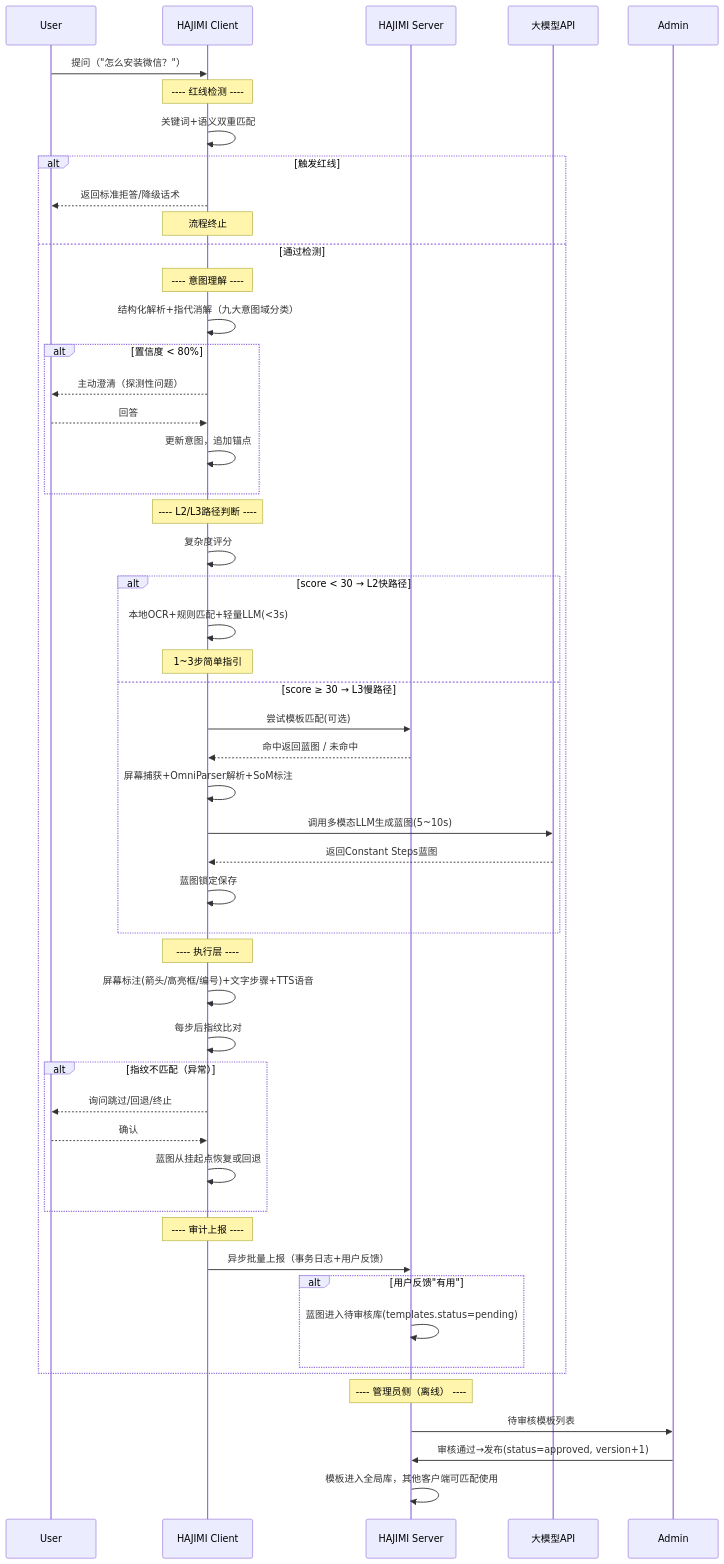
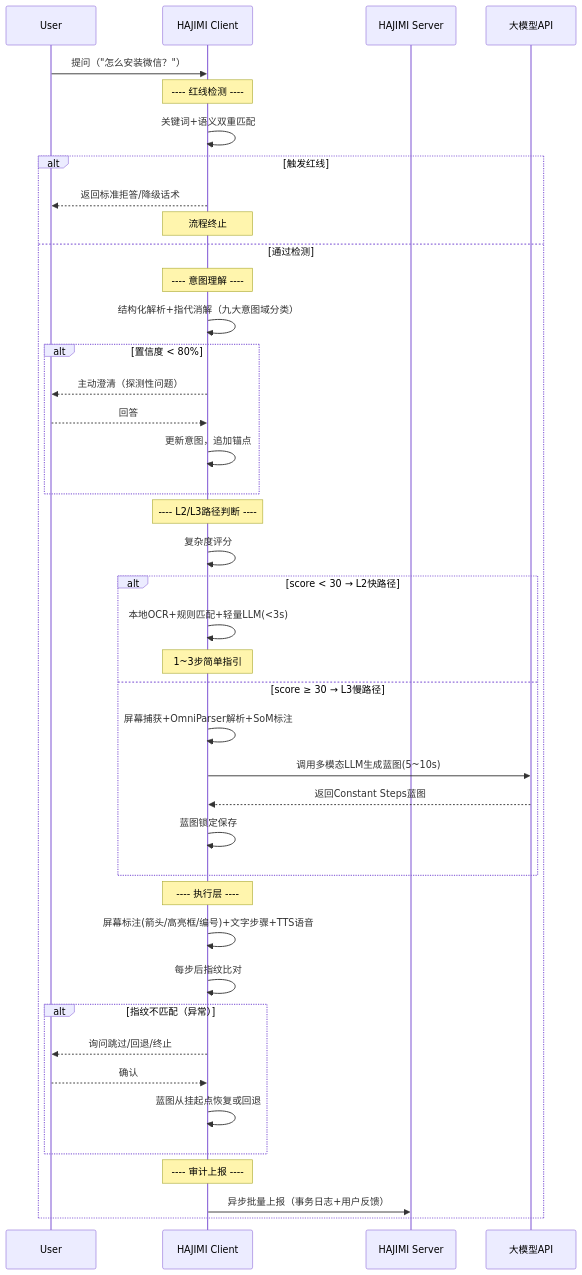
The diagram in HAJIMI_UI/设计文档V2.md (eicon-xyz/Fuzzy-Visual-Assisted-Question-Answering-System), drawn with Mermaid before and after one commit. The commit also changed other lines of this file and 12 other files, not shown here.

````diff
--- a/HAJIMI_UI/设计文档V2.md
+++ b/HAJIMI_UI/设计文档V2.md
@@ -287,60 +280,49 @@
 ```mermaid
 sequenceDiagram
     participant User
     participant Client as HAJIMI Client
     participant Server as HAJIMI Server
     participant LLM as 大模型API
 
     User->>Client: 提问（"怎么安装微信？"）
 
     Note over Client: ---- 红线检测 ----
     Client->>Client: 关键词+语义双重匹配
     alt 触发红线
         Client-->>User: 返回标准拒答/降级话术
         Note over Client: 流程终止
     else 通过检测
 
         Note over Client: ---- 意图理解 ----
         Client->>Client: 结构化解析+指代消解（九大意图域分类）
         alt 置信度 < 80%
             Client-->>User: 主动澄清（探测性问题）
             User-->>Client: 回答
             Client->>Client: 更新意图，追加锚点
         end
 
         Note over Client: ---- L2/L3路径判断 ----
         Client->>Client: 复杂度评分
         alt score < 30 → L2快路径
             Client->>Client: 本地OCR+规则匹配+轻量LLM(<3s)
             Note over Client: 1~3步简单指引
         else score ≥ 30 → L3慢路径
-            Client->>Server: 尝试模板匹配(可选)
-            Server-->>Client: 命中返回蓝图 / 未命中
-
             Client->>Client: 屏幕捕获+OmniParser解析+SoM标注
             Client->>LLM: 调用多模态LLM生成蓝图(5~10s)
             LLM-->>Client: 返回Constant Steps蓝图
             Client->>Client: 蓝图锁定保存
         end
 
         Note over Client: ---- 执行层 ----
         Client->>Client: 屏幕标注(箭头/高亮框/编号)+文字步骤+TTS语音
         Client->>Client: 每步后指纹比对
         alt 指纹不匹配（异常）
             Client-->>User: 询问跳过/回退/终止
             User-->>Client: 确认
             Client->>Client: 蓝图从挂起点恢复或回退
         end
 
         Note over Client: ---- 审计上报 ----
         Client->>Server: 异步批量上报（事务日志+用户反馈）
-        alt 用户反馈"有用"
-            Server->>Server: 蓝图进入待审核库(templates.status=pending)
-        end
     end
-
-    Note over Server: ---- 管理员侧（离线） ----
-    Server->>Admin: 待审核模板列表
-    Admin->>Server: 审核通过→发布(status=approved, version+1)
-    Server->>Server: 模板进入全局库，其他客户端可匹配使用
 ```
````
